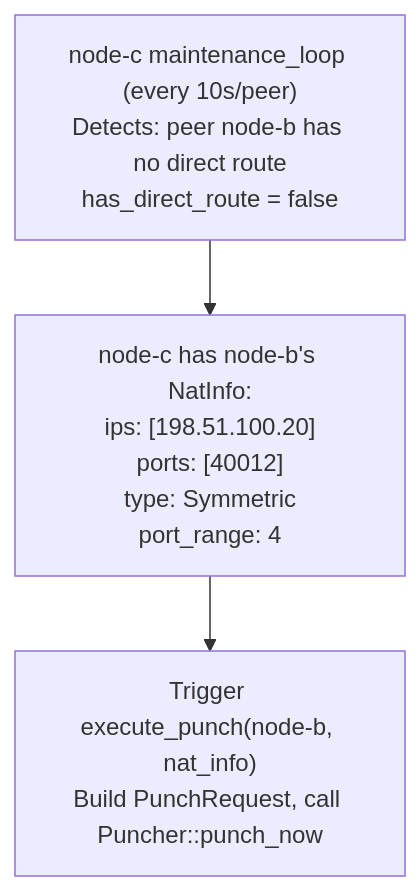
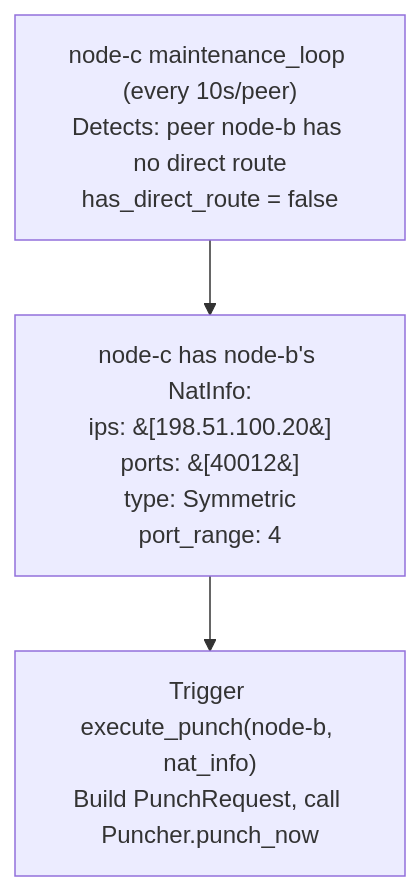
One commit to rustp2p/rustp2p changed diagram 17 of 27 in docs/nat-punch-principles.md. Above: the diagram before and after it, drawn with Mermaid. The commit also changed other lines of this file, not shown here.

First line of the commit message:
docs: 修正 nat-punch-principles 中 Mermaid 连线语法渲染错误 (#24)

````diff
--- a/docs/nat-punch-principles.md
+++ b/docs/nat-punch-principles.md
@@ -582,7 +582,7 @@
 ```mermaid
 flowchart TD
     ML["node-c maintenance_loop (every 10s/peer)<br/>Detects: peer node-b has no direct route<br/>has_direct_route = false"]
-    NAT["node-c has node-b's NatInfo:<br/>ips: [198.51.100.20]<br/>ports: [40012]<br/>type: Symmetric<br/>port_range: 4"]
+    NAT["node-c has node-b's NatInfo:<br/>ips: &#91;198.51.100.20&#93;<br/>ports: &#91;40012&#93;<br/>type: Symmetric<br/>port_range: 4"]
     ML --> NAT
-    NAT --> EXEC["Trigger execute_punch(node-b, nat_info)<br/>Build PunchRequest, call Puncher::punch_now"]
+    NAT --> EXEC["Trigger execute_punch(node-b, nat_info)<br/>Build PunchRequest, call Puncher.punch_now"]
 ```
````
